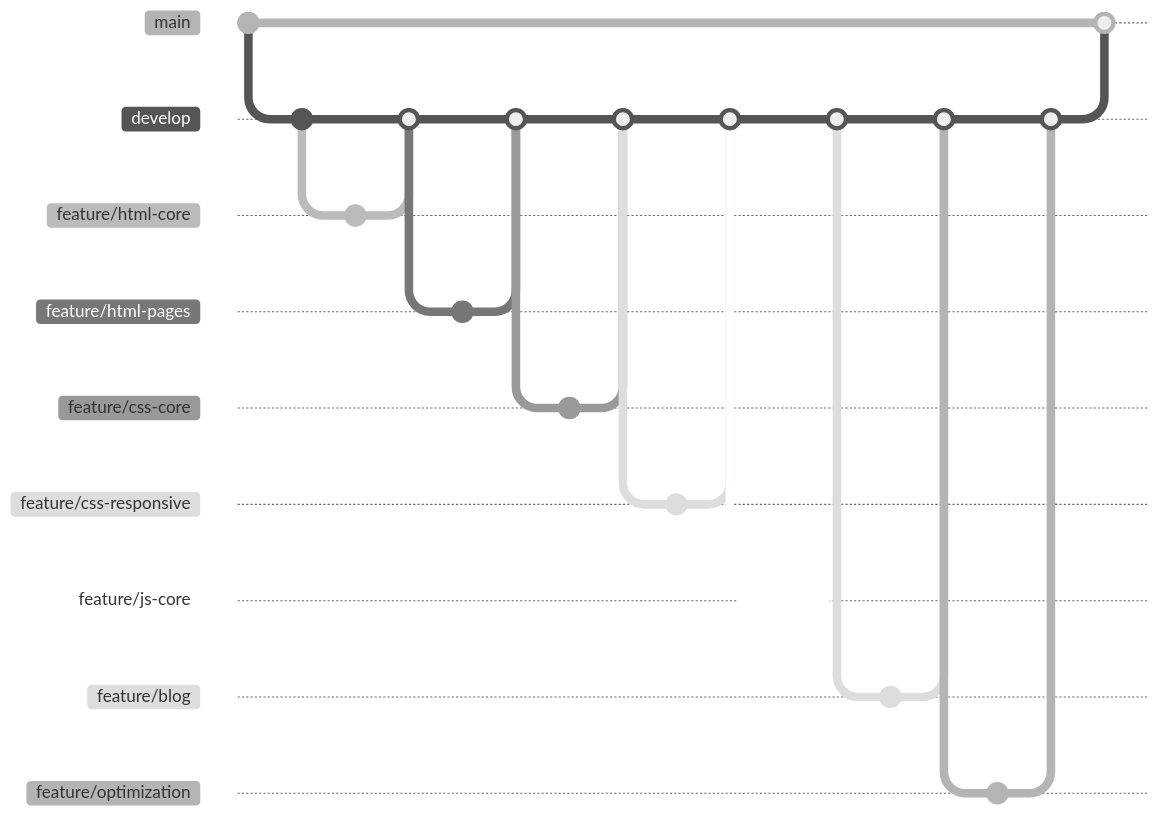
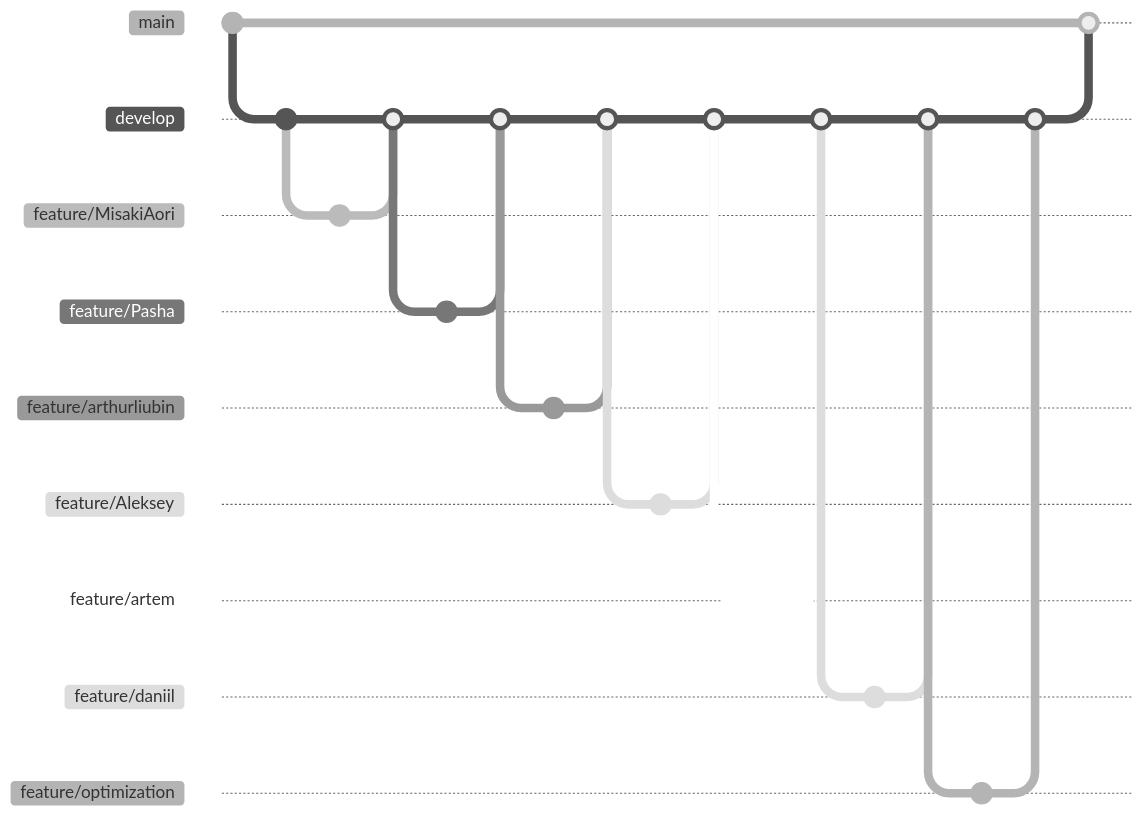
Before and after one commit to topichic/Fish-meat: the diagram in README.md, drawn with Mermaid (neutral theme). The commit also changed other lines of this file, not shown here. Commit ids are hidden.

````diff
--- a/README.md
+++ b/README.md
@@ -49,52 +48,52 @@
 ```mermaid
 gitGraph
     commit
     branch develop
     checkout develop
     commit
     
-    branch feature/html-core
-    checkout feature/html-core
+    branch feature/MisakiAori
+    checkout feature/MisakiAori
     commit
     checkout develop
-    merge feature/html-core
+    merge feature/MisakiAori
     
-    branch feature/html-pages
-    checkout feature/html-pages
+    branch feature/Pasha
+    checkout feature/Pasha
     commit
     checkout develop
-    merge feature/html-pages
+    merge feature/Pasha
     
-    branch feature/css-core
-    checkout feature/css-core
+    branch feature/arthurliubin
+    checkout feature/arthurliubin
     commit
     checkout develop
-    merge feature/css-core
+    merge feature/arthurliubin
     
-    branch feature/css-responsive
-    checkout feature/css-responsive
+    branch feature/Aleksey
+    checkout feature/Aleksey
     commit
     checkout develop
-    merge feature/css-responsive
+    merge feature/Aleksey
     
-    branch feature/js-core
-    checkout feature/js-core
+    branch feature/artem
+    checkout feature/artem
     commit
     checkout develop
-    merge feature/js-core
+    merge feature/artem
     
-    branch feature/blog
-    checkout feature/blog
+    branch feature/daniil
+    checkout feature/daniil
     commit
     checkout develop
-    merge feature/blog
+    merge feature/daniil
     
     branch feature/optimization
     checkout feature/optimization
     commit
     checkout develop
     merge feature/optimization
     
     checkout main
     merge develop
 ```
````
